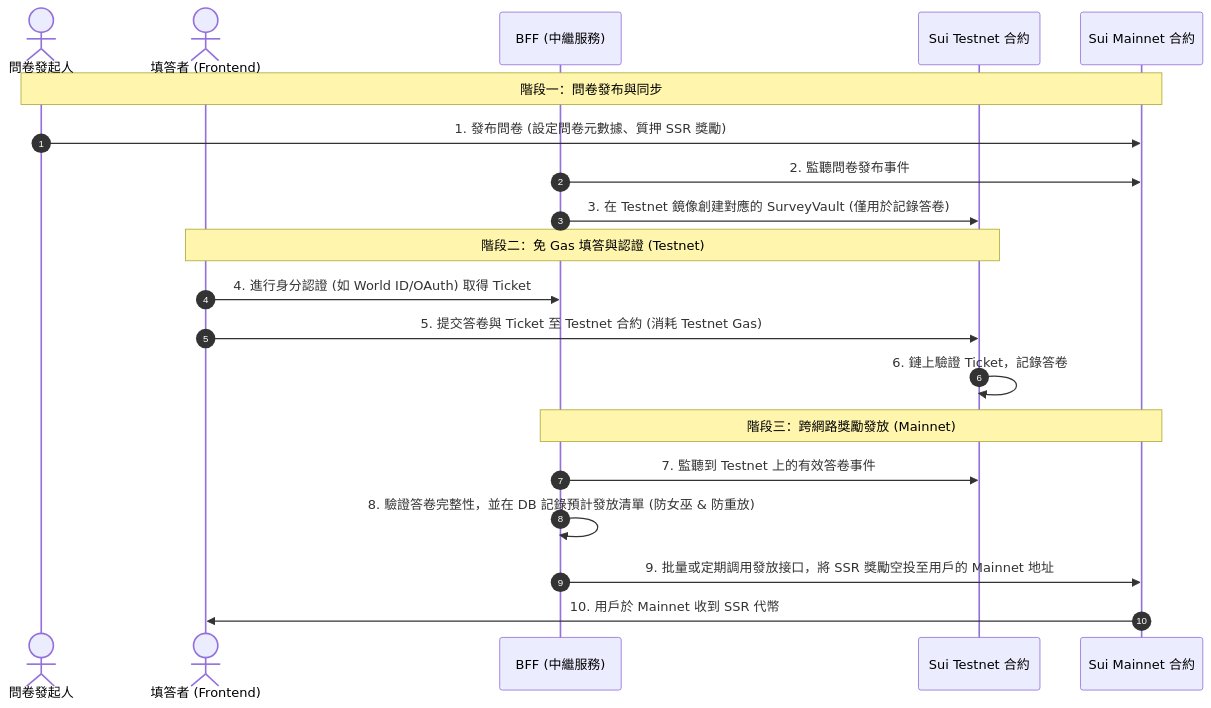
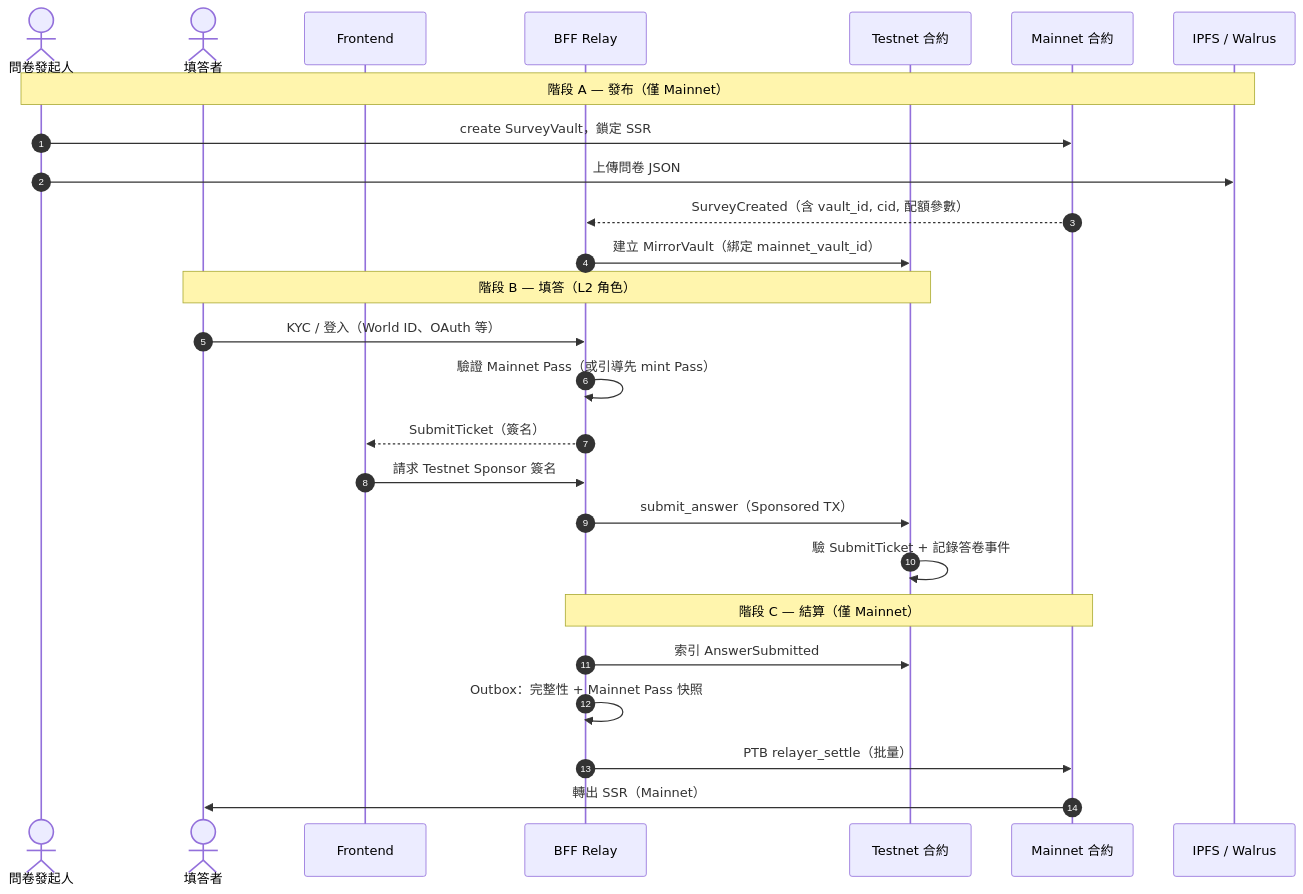
The second of 2 diagrams in docs/專案 跨網路方案.md (arcoshina/SurveySui), drawn with Mermaid before and after one commit. The commit also changed other lines of this file and 134 other files, not shown here.

````diff
--- a/docs/專案 跨網路方案.md
+++ b/docs/專案 跨網路方案.md
@@ -14,28 +85,31 @@
 ```mermaid
 sequenceDiagram
     autonumber
     actor Sponsor as 問卷發起人
-    actor User as 填答者 (Frontend)
-    participant BFF as BFF (中繼服務)
-    participant Testnet as Sui Testnet 合約
-    participant Mainnet as Sui Mainnet 合約
+    actor User as 填答者
+    participant FE as Frontend
+    participant BFF as BFF Relay
+    participant TN as Testnet 合約
+    participant MN as Mainnet 合約
+    participant Store as IPFS / Walrus
 
-    %% 階段一：問卷發布
-    Note over Sponsor, Mainnet: 階段一：問卷發布與同步
-    Sponsor->>Mainnet: 1. 發布問卷 (設定問卷元數據、質押 SSR 獎勵)
-    BFF->>Mainnet: 2. 監聽問卷發布事件
-    BFF->>Testnet: 3. 在 Testnet 鏡像創建對應的 SurveyVault (僅用於記錄答卷)
+    Note over Sponsor, Store: 階段 A — 發布（僅 Mainnet）
+    Sponsor->>MN: create SurveyVault，鎖定 SSR
+    Sponsor->>Store: 上傳問卷 JSON
+    MN-->>BFF: SurveyCreated（含 vault_id, cid, 配額參數）
+    BFF->>TN: 建立 MirrorVault（綁定 mainnet_vault_id）
 
-    %% 階段二：填答與認證
-    Note over User, Testnet: 階段二：免 Gas 填答與認證 (Testnet)
-    User->>BFF: 4. 進行身分認證 (如 World ID/OAuth) 取得 Ticket
-    User->>Testnet: 5. 提交答卷與 Ticket 至 Testnet 合約 (消耗 Testnet Gas)
-    Testnet->>Testnet: 6. 鏈上驗證 Ticket，記錄答卷
+    Note over User, TN: 階段 B — 填答（L2 角色）
+    User->>BFF: KYC / 登入（World ID、OAuth 等）
+    BFF->>BFF: 驗證 Mainnet Pass（或引導先 mint Pass）
+    BFF-->>FE: SubmitTicket（簽名）
+    FE->>BFF: 請求 Testnet Sponsor 簽名
+    BFF->>TN: submit_answer（Sponsored TX）
+    TN->>TN: 驗 SubmitTicket + 記錄答卷事件
 
-    %% 階段三：獎勵結算
-    Note over BFF, Mainnet: 階段三：跨網路獎勵發放 (Mainnet)
-    BFF->>Testnet: 7. 監聽到 Testnet 上的有效答卷事件
-    BFF->>BFF: 8. 驗證答卷完整性，並在 DB 記錄預計發放清單 (防女巫 & 防重放)
-    BFF->>Mainnet: 9. 批量或定期調用發放接口，將 SSR 獎勵空投至用戶的 Mainnet 地址
-    Mainnet->>User: 10. 用戶於 Mainnet 收到 SSR 代幣
+    Note over BFF, MN: 階段 C — 結算（僅 Mainnet）
+    BFF->>TN: 索引 AnswerSubmitted
+    BFF->>BFF: Outbox：完整性 + Mainnet Pass 快照
+    BFF->>MN: PTB relayer_settle（批量）
+    MN->>User: 轉出 SSR（Mainnet）
 ```
````
